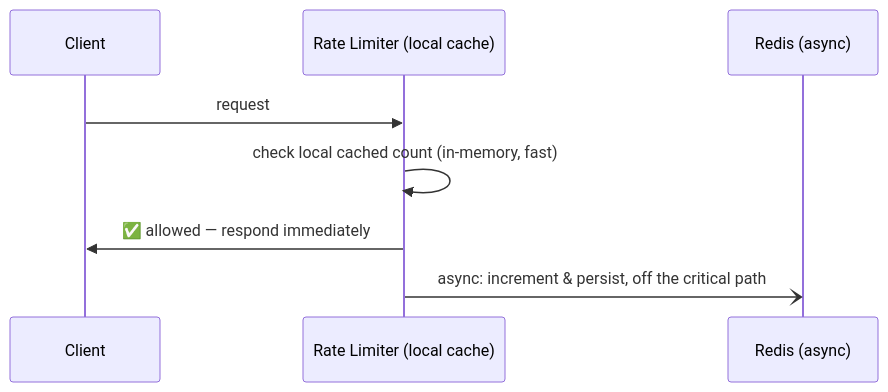
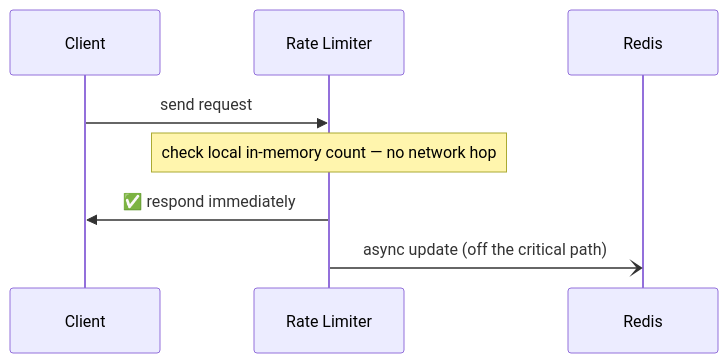
One commit to riyaz-pasha/Learnings changed the tenth of 17 diagrams in system-design/HLD/0-course/19-Rate-Limiter-FAANG-Guide-story.md. Above: the diagram before and after it, drawn with Mermaid. The commit also changed other lines of this file, not shown here.

Commit message:
rewrite: simplify english and clean up mermaid diagrams in rate limiter story guide

````diff
--- a/system-design/HLD/0-course/19-Rate-Limiter-FAANG-Guide-story.md
+++ b/system-design/HLD/0-course/19-Rate-Limiter-FAANG-Guide-story.md
@@ -213,11 +402,11 @@
 ```mermaid
 sequenceDiagram
     participant C as Client
-    participant RL as Rate Limiter (local cache)
-    participant Store as Redis (async)
+    participant RL as Rate Limiter
+    participant Store as Redis
 
-    C->>RL: request
-    RL->>RL: check local cached count (in-memory, fast)
-    RL->>C: ✅ allowed — respond immediately
-    RL-)Store: async: increment & persist, off the critical path
+    C->>RL: send request
+    Note over RL: check local in-memory count — no network hop
+    RL->>C: ✅ respond immediately
+    RL-)Store: async update (off the critical path)
 ```
````
